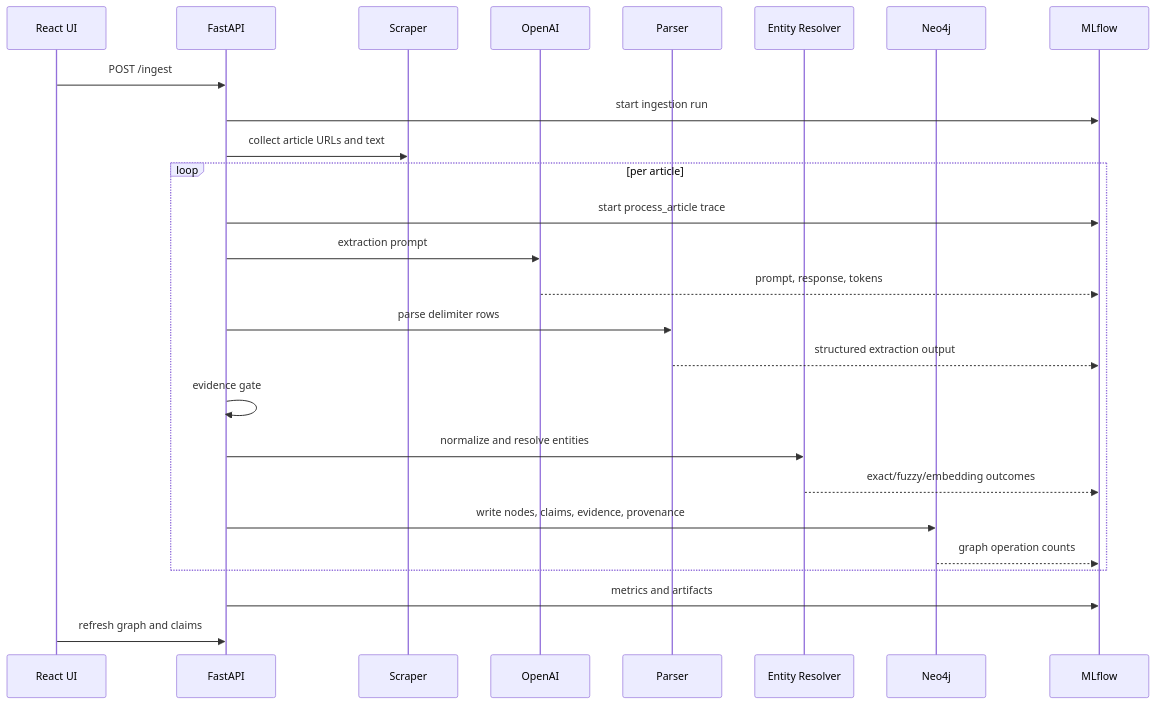
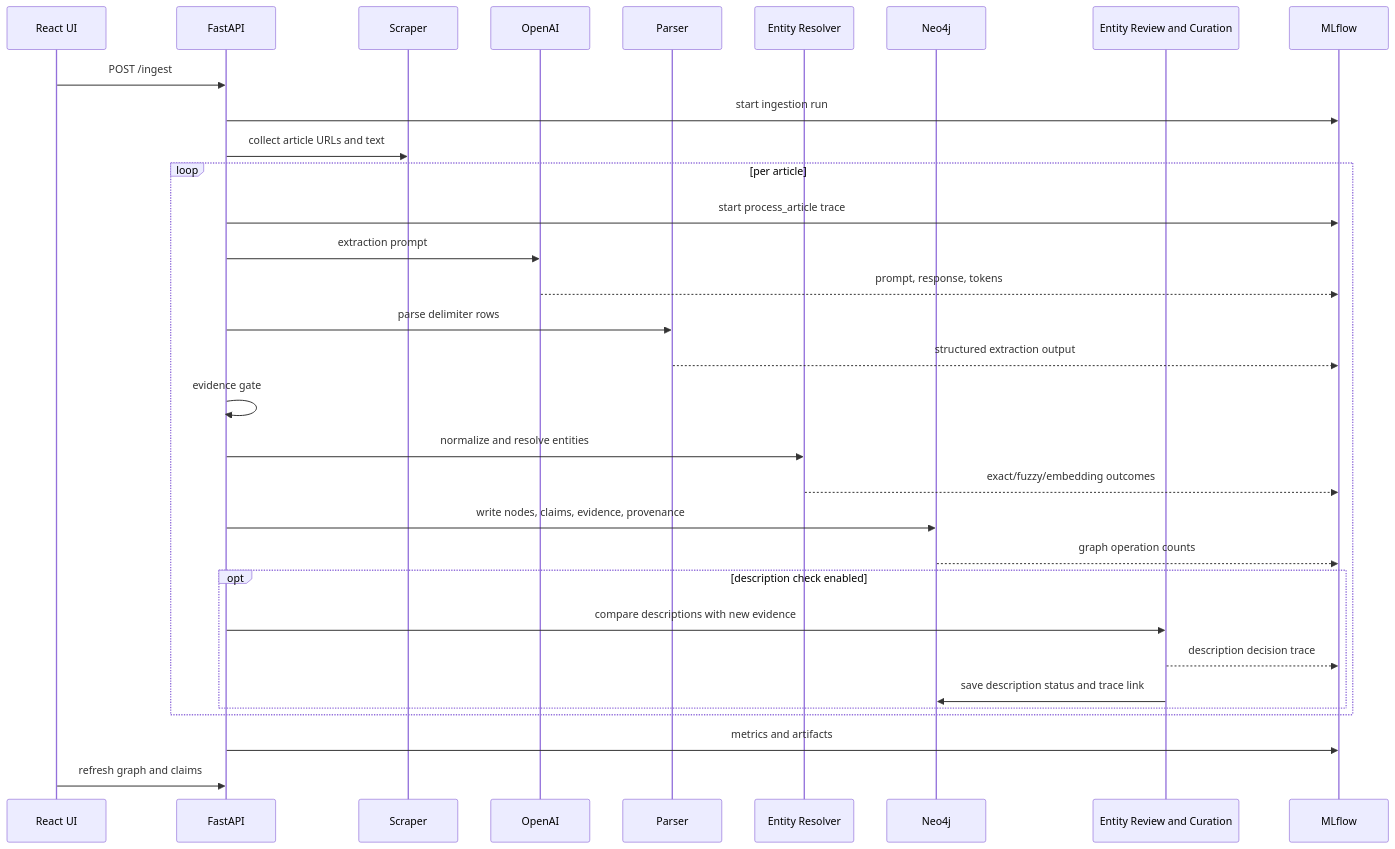
Before and after one commit to chenkel-data/Startup-Radar: the second of 5 diagrams in README.md, drawn with Mermaid. The commit also changed other lines of this file and 9 other files, not shown here.

````diff
--- a/README.md
+++ b/README.md
@@ -145,31 +163,37 @@
 ```mermaid
 sequenceDiagram
   participant UI as React UI
   participant API as FastAPI
   participant Scraper as Scraper
   participant LLM as OpenAI
   participant Parser as Parser
   participant Resolver as Entity Resolver
   participant Neo4j as Neo4j
+  participant Descriptions as Entity Review and Curation
   participant MLflow as MLflow
 
   UI->>API: POST /ingest
   API->>MLflow: start ingestion run
   API->>Scraper: collect article URLs and text
 
   loop per article
     API->>MLflow: start process_article trace
     API->>LLM: extraction prompt
     LLM-->>MLflow: prompt, response, tokens
     API->>Parser: parse delimiter rows
     Parser-->>MLflow: structured extraction output
     API->>API: evidence gate
     API->>Resolver: normalize and resolve entities
     Resolver-->>MLflow: exact/fuzzy/embedding outcomes
     API->>Neo4j: write nodes, claims, evidence, provenance
     Neo4j-->>MLflow: graph operation counts
+    opt description check enabled
+      API->>Descriptions: compare descriptions with new evidence
+      Descriptions-->>MLflow: description decision trace
+      Descriptions->>Neo4j: save description status and trace link
+    end
   end
 
   API->>MLflow: metrics and artifacts
   UI->>API: refresh graph and claims
 ```
````
